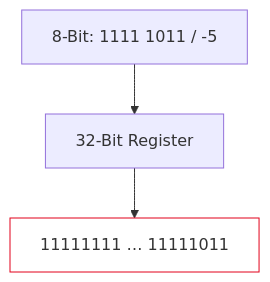
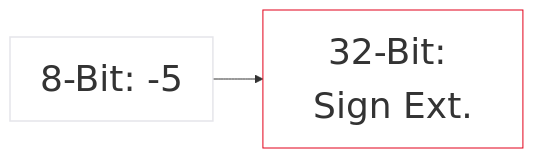
Before and after one commit to dantschi/mct1: diagram 12 of 38 in vorlesungen/01_kickoff.qmd, drawn with Mermaid. The commit also changed other lines of this file and 6 other files, not shown here.

First line of the commit message:
Behebe Mermaid-Lesbarkeit und Folien-Overflow im Kickoff.

````diff
--- a/vorlesungen/01_kickoff.qmd
+++ b/vorlesungen/01_kickoff.qmd
@@ -589,6 +584,7 @@
 ```{mermaid}
-graph TD
-  A["8-Bit: 1111 1011 / -5"] --> B[32-Bit Register]
-  B --> C["11111111 … 11111011"]
-  style C fill:#FFFFFF,stroke:#E2001A,stroke-width:2px !important
+%%{init: {'themeVariables': {'fontSize': '36px', 'fontFamily': 'Inter, sans-serif'}}}%%
+graph LR
+  A["8-Bit: -5"] --> B["32-Bit: Sign Ext."]
+  style B fill:#FFFFFF,stroke:#E2001A,stroke-width:2px !important
+  style A fill:#FFFFFF,stroke:#E5E5EA,stroke-width:1.5px
 ```
````
